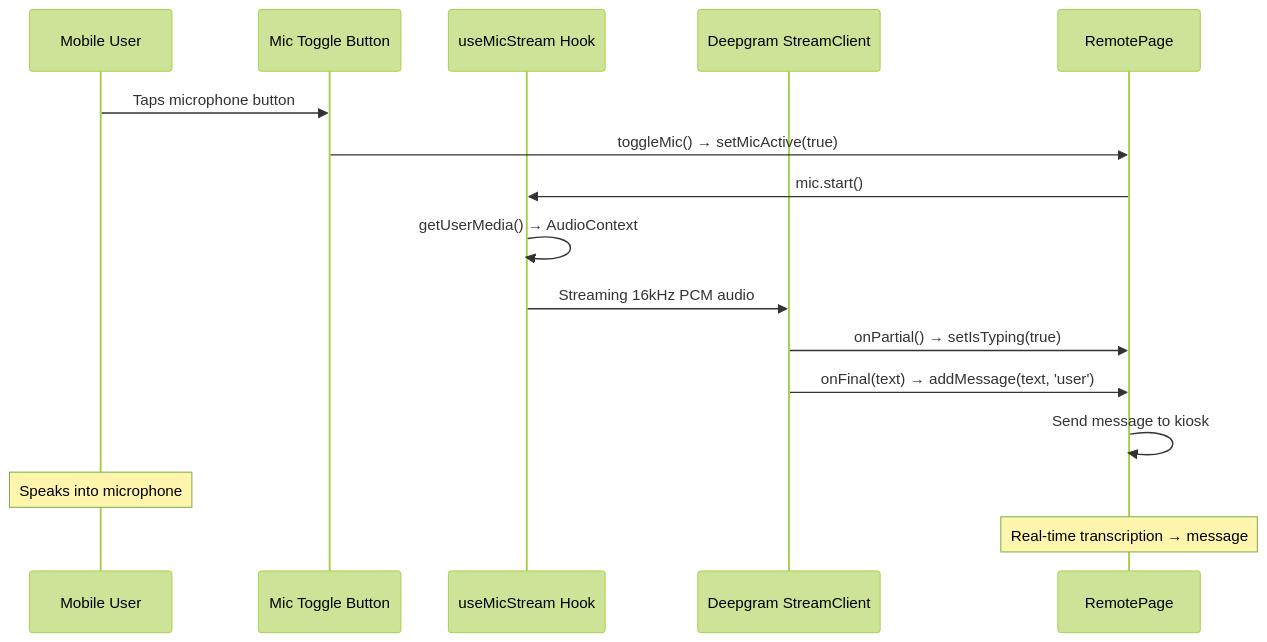
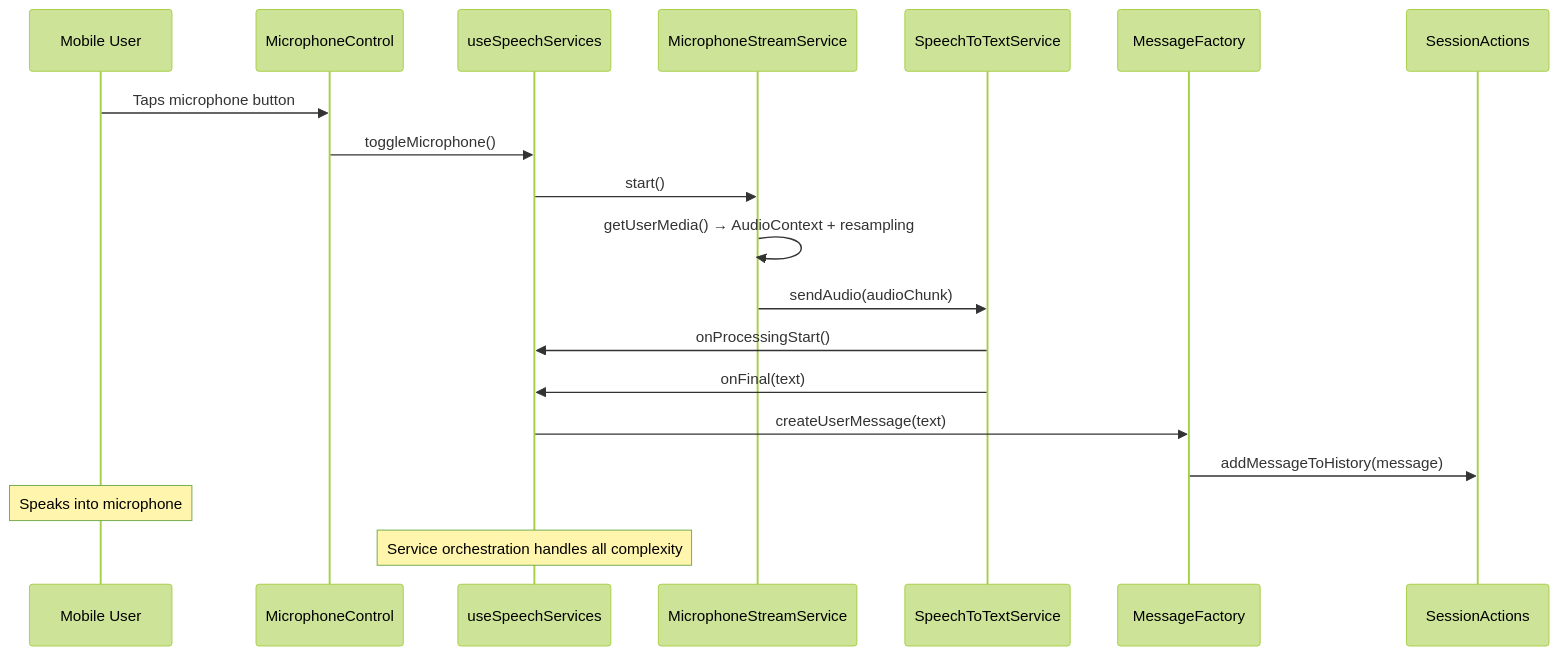
The fifth of 6 diagrams in src/docs/pages/remote/messaging.md (RoyAtUneeQ/kiosk-sama), drawn with Mermaid (forest theme) before and after one commit. The commit also changed other lines of this file and 6 other files, not shown here.

````diff
--- a/src/docs/pages/remote/messaging.md
+++ b/src/docs/pages/remote/messaging.md
@@ -126,20 +131,23 @@
 ```mermaid
 sequenceDiagram
     participant User as Mobile User
-    participant MicButton as Mic Toggle Button
-    participant MicStream as useMicStream Hook
-    participant STTClient as Deepgram StreamClient
-    participant RemotePage as RemotePage
+    participant MicControl as MicrophoneControl
+    participant SpeechHook as useSpeechServices
+    participant StreamService as MicrophoneStreamService
+    participant STTService as SpeechToTextService
+    participant MessageFactory as MessageFactory
+    participant Actions as SessionActions
     
-    User->>MicButton: Taps microphone button
-    MicButton->>RemotePage: toggleMic() → setMicActive(true)
-    RemotePage->>MicStream: mic.start()
-    MicStream->>MicStream: getUserMedia() → AudioContext
-    MicStream->>STTClient: Streaming 16kHz PCM audio
-    STTClient->>RemotePage: onPartial() → setIsTyping(true)
-    STTClient->>RemotePage: onFinal(text) → addMessage(text, 'user')
-    RemotePage->>RemotePage: Send message to kiosk
+    User->>MicControl: Taps microphone button
+    MicControl->>SpeechHook: toggleMicrophone()
+    SpeechHook->>StreamService: start()
+    StreamService->>StreamService: getUserMedia() → AudioContext + resampling
+    StreamService->>STTService: sendAudio(audioChunk)
+    STTService->>SpeechHook: onProcessingStart()
+    STTService->>SpeechHook: onFinal(text)
+    SpeechHook->>MessageFactory: createUserMessage(text)
+    MessageFactory->>Actions: addMessageToHistory(message)
     
     Note over User: Speaks into microphone
-    Note over RemotePage: Real-time transcription → message
+    Note over SpeechHook: Service orchestration handles all complexity
 ```
````
